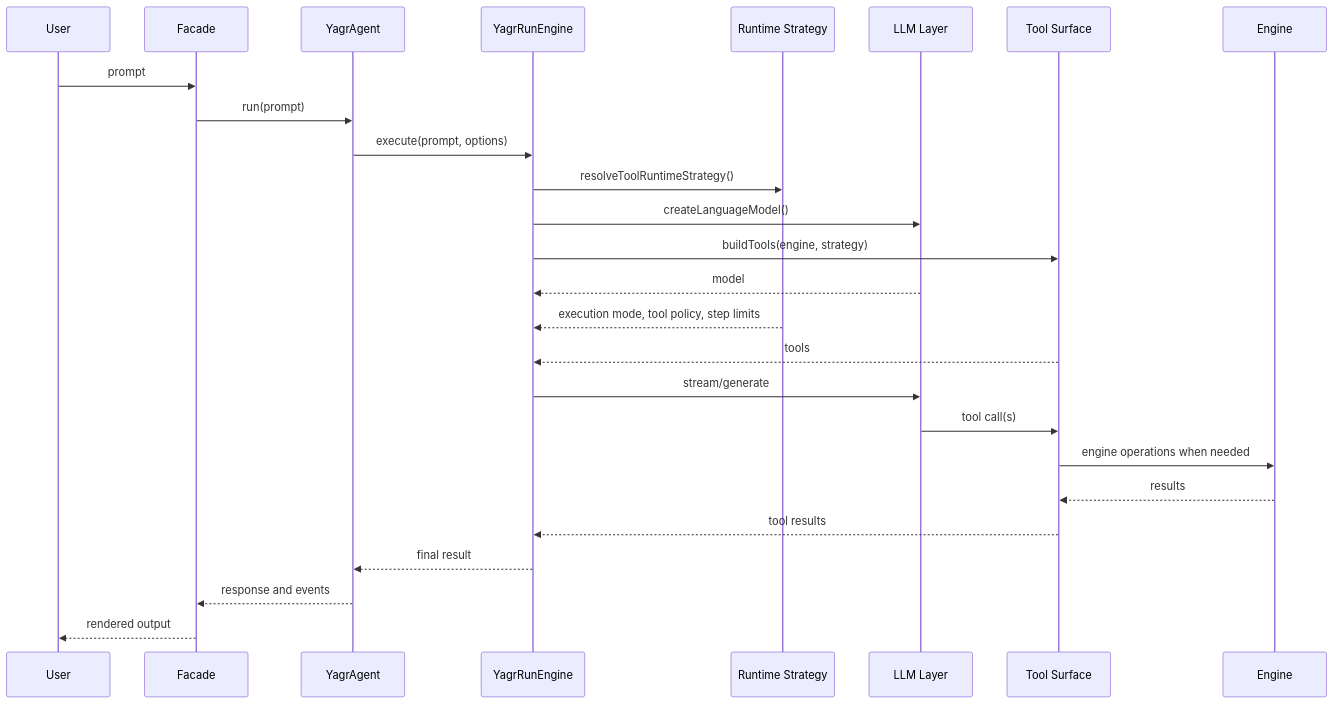
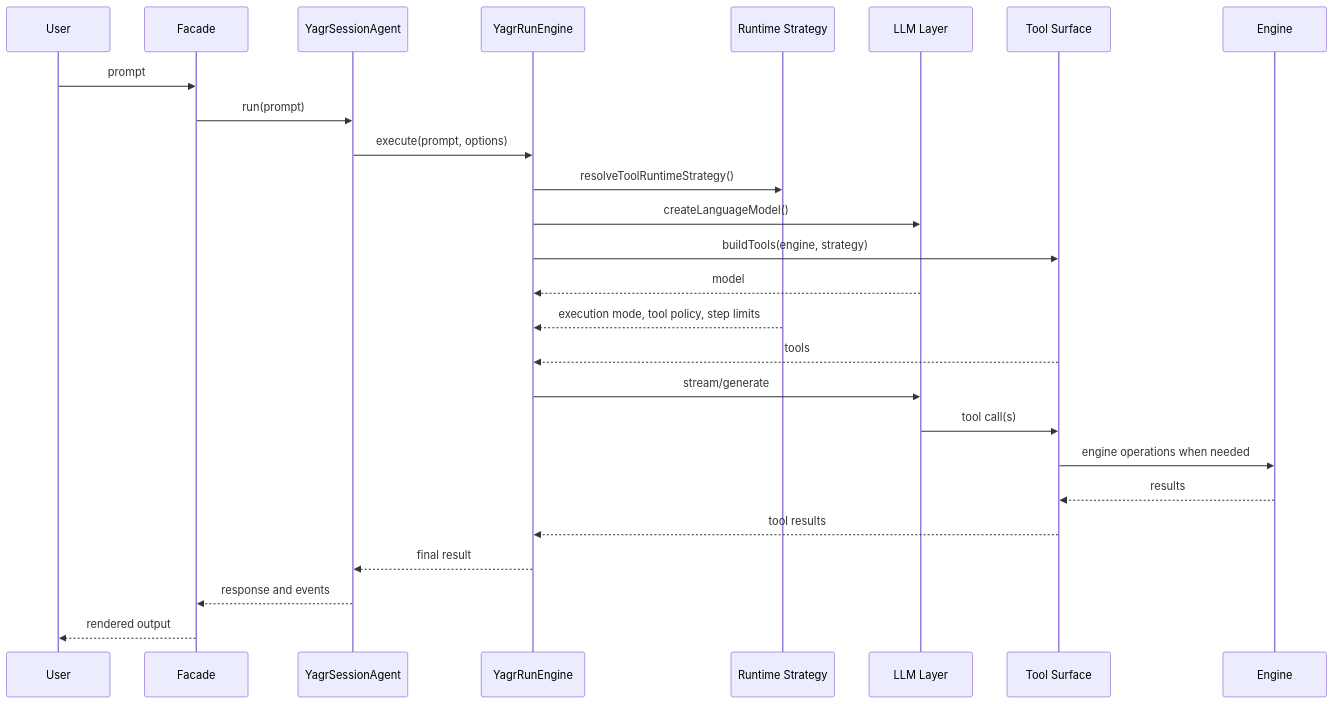
The first of 5 diagrams in architecture/current/runtime-flows.md (EtienneLescot/yagr), drawn with Mermaid before and after one commit. The commit also changed other lines of this file and 1 other file, not shown here.

Commit message:
refactor: update runtime flows and system overview documentation to reflect architectural changes and remove deprecated components

````diff
--- a/architecture/current/runtime-flows.md
+++ b/architecture/current/runtime-flows.md
@@ -7,29 +7,29 @@
 ```mermaid
 sequenceDiagram
     participant U as User
     participant F as Facade
-    participant A as YagrAgent
+    participant A as YagrSessionAgent
     participant R as YagrRunEngine
     participant S as Runtime Strategy
     participant M as LLM Layer
     participant T as Tool Surface
     participant E as Engine
 
     U->>F: prompt
     F->>A: run(prompt)
     A->>R: execute(prompt, options)
     R->>S: resolveToolRuntimeStrategy()
     R->>M: createLanguageModel()
     R->>T: buildTools(engine, strategy)
     M-->>R: model
     S-->>R: execution mode, tool policy, step limits
     T-->>R: tools
     R->>M: stream/generate
     M->>T: tool call(s)
     T->>E: engine operations when needed
     E-->>T: results
     T-->>R: tool results
     R-->>A: final result
     A-->>F: response and events
     F-->>U: rendered output
 ```
````
